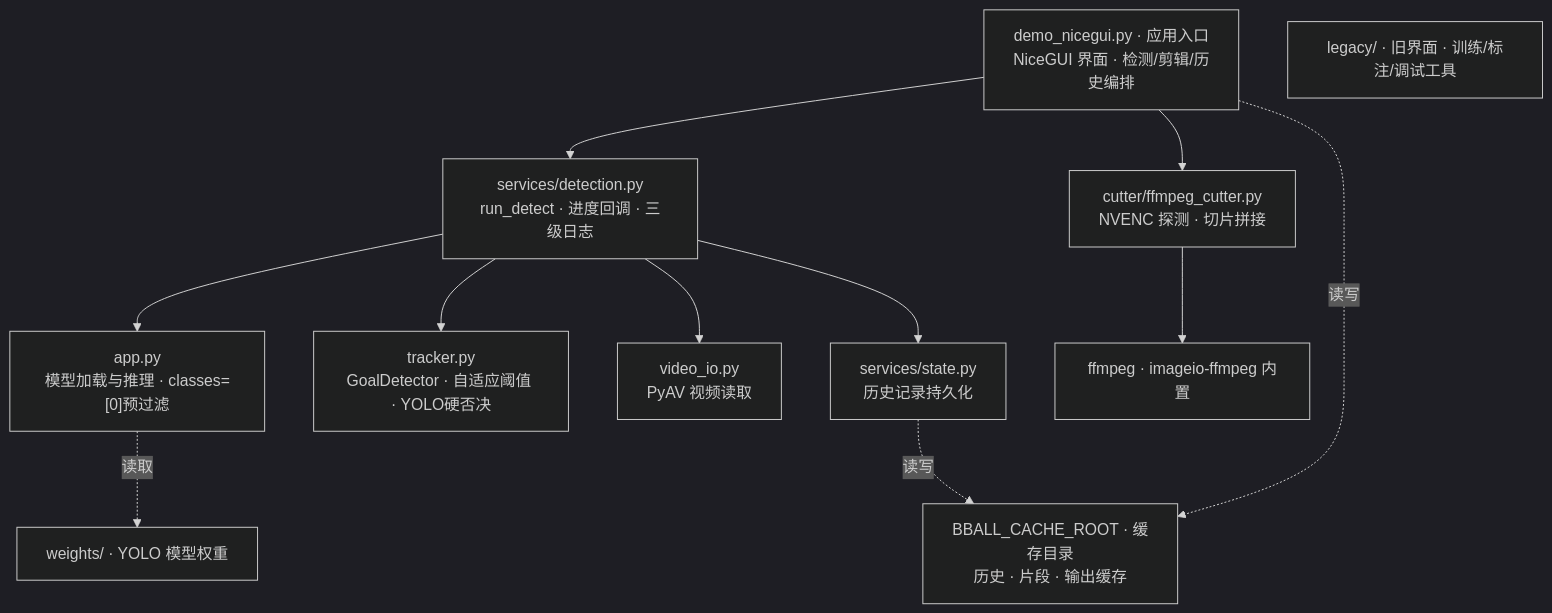
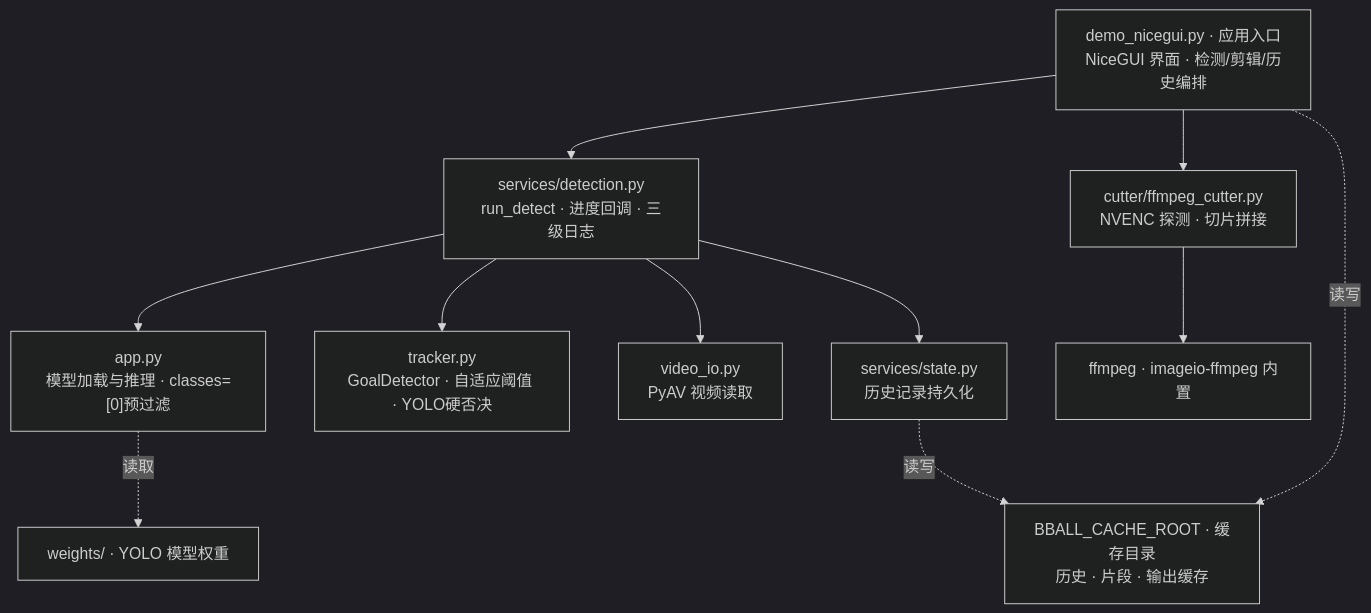
The diagram in README.md (DTQEight/basketball-clipper), drawn with Mermaid (dark theme) before and after one commit. The commit also changed other lines of this file, not shown here.

First line of the commit message:
docs: README 同步最新状态——移除 legacy 引用、GPU 硬性要求、日志按日轮转路径

````diff
--- a/README.md
+++ b/README.md
@@ -160,25 +158,24 @@
 ```mermaid
 flowchart TD
     UI["demo_nicegui.py · 应用入口<br/>NiceGUI 界面 · 检测/剪辑/历史编排"]
     DS["services/detection.py<br/>run_detect · 进度回调 · 三级日志"]
     App["app.py<br/>模型加载与推理 · classes=[0]预过滤"]
     TR["tracker.py<br/>GoalDetector · 自适应阈值 · YOLO硬否决"]
     VI["video_io.py<br/>PyAV 视频读取"]
     ST["services/state.py<br/>历史记录持久化"]
     CU["cutter/ffmpeg_cutter.py<br/>NVENC 探测 · 切片拼接"]
     W["weights/ · YOLO 模型权重"]
     CACHE["BBALL_CACHE_ROOT · 缓存目录<br/>历史 · 片段 · 输出缓存"]
     FF["ffmpeg · imageio-ffmpeg 内置"]
-    LG["legacy/ · 旧界面 · 训练/标注/调试工具"]
 
     UI --> DS
     DS --> App
     DS --> TR
     DS --> VI
     DS --> ST
     UI --> CU
     App -. 读取 .-> W
     UI -. 读写 .-> CACHE
     ST -. 读写 .-> CACHE
     CU --> FF
 ```
````
